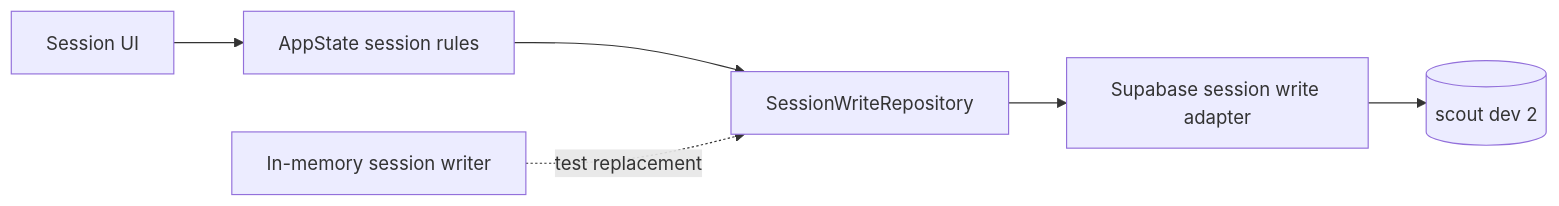
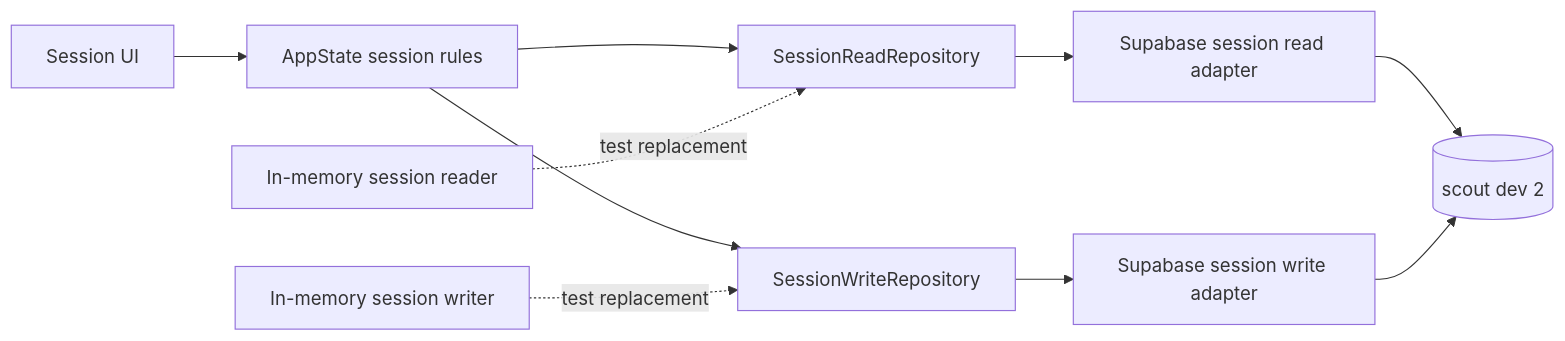
The third of 4 diagrams in docs/2.0-separation-map.md (bennettb15/ScoutCapture), drawn with Mermaid before and after one commit. The commit also changed other lines of this file and 4 other files, not shown here.

Commit message:
Extract session reads behind repository interface

````diff
--- a/docs/2.0-separation-map.md
+++ b/docs/2.0-separation-map.md
@@ -46,8 +46,12 @@
 ```mermaid
 flowchart LR
     SessionUI[Session UI] --> SessionState[AppState session rules]
-    SessionState --> SessionPort[SessionWriteRepository]
-    SessionPort --> SessionAdapter[Supabase session write adapter]
-    SessionAdapter --> SessionDb[(scout dev 2)]
-    SessionFake[In-memory session writer] -. test replacement .-> SessionPort
+    SessionState --> SessionReadPort[SessionReadRepository]
+    SessionState --> SessionWritePort[SessionWriteRepository]
+    SessionReadPort --> SessionReadAdapter[Supabase session read adapter]
+    SessionWritePort --> SessionWriteAdapter[Supabase session write adapter]
+    SessionReadAdapter --> SessionDb[(scout dev 2)]
+    SessionWriteAdapter --> SessionDb
+    ReadFake[In-memory session reader] -. test replacement .-> SessionReadPort
+    WriteFake[In-memory session writer] -. test replacement .-> SessionWritePort
 ```
````
